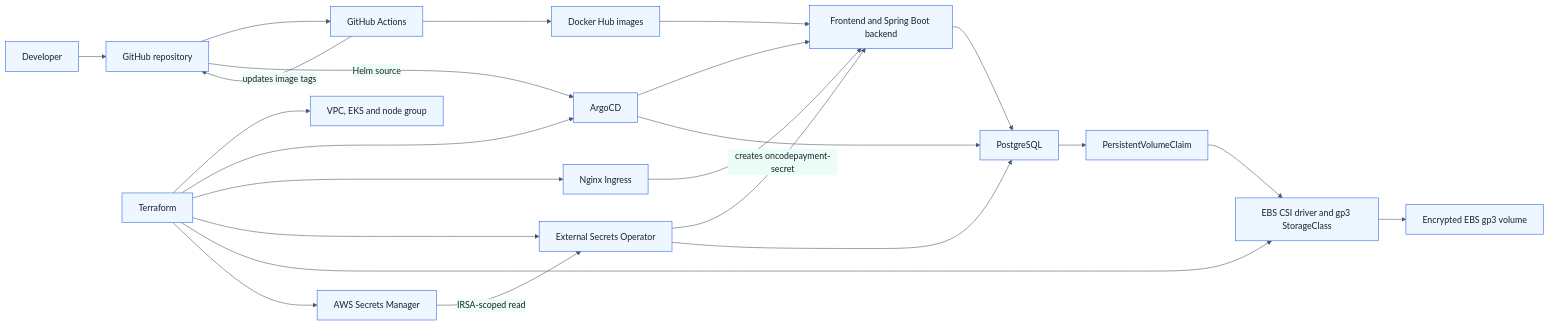
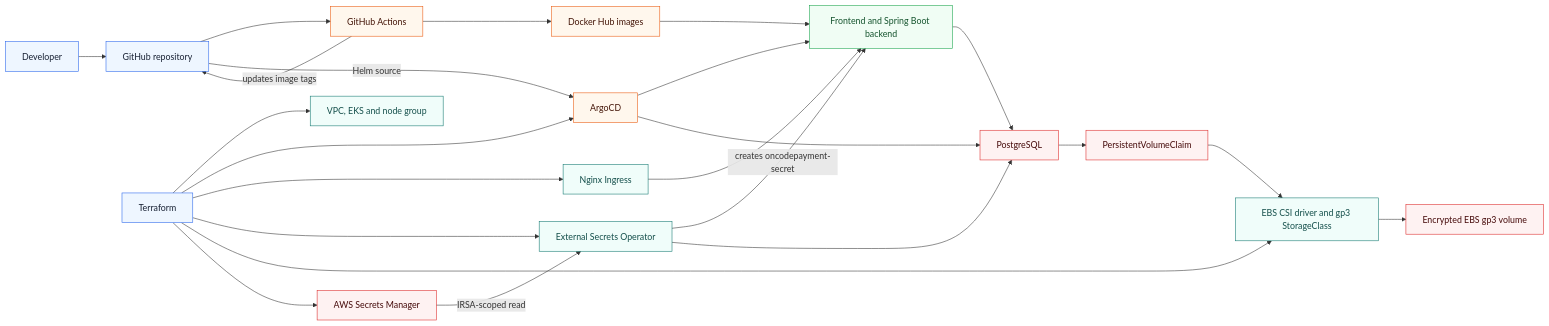
Before and after one commit to DNinjaDev07/oncodepayment: the diagram in README.md, drawn with Mermaid.

Commit message:
updated README section to add new updates

````diff
--- a/README.md
+++ b/README.md
@@ -7,41 +7,42 @@
 ```mermaid
-%%{init: {"theme": "base", "themeVariables": {
-  "background": "#ffffff",
-  "primaryColor": "#eef6ff",
-  "primaryTextColor": "#172033",
-  "primaryBorderColor": "#2563eb",
-  "lineColor": "#475569",
-  "secondaryColor": "#ecfdf5",
-  "tertiaryColor": "#fff7ed",
-  "clusterBkg": "#f8fafc",
-  "clusterBorder": "#94a3b8"
-}}}%%
 flowchart LR
+    classDef source fill:#eef6ff,stroke:#2563eb,color:#172033
+    classDef delivery fill:#fff7ed,stroke:#ea580c,color:#431407
+    classDef platform fill:#f0fdfa,stroke:#0f766e,color:#134e4a
+    classDef workload fill:#f0fdf4,stroke:#16a34a,color:#14532d
+    classDef data fill:#fef2f2,stroke:#dc2626,color:#450a0a
+
     Dev["Developer"] --> Git["GitHub repository"]
     Git --> CI["GitHub Actions"]
     CI --> Images["Docker Hub images"]
     CI -->|"updates image tags"| Git
 
     TF["Terraform"] --> AWS["VPC, EKS and node group"]
     TF --> Argo["ArgoCD"]
     TF --> Ingress["Nginx Ingress"]
     TF --> ESO["External Secrets Operator"]
     TF --> Storage["EBS CSI driver and gp3 StorageClass"]
     TF --> Secret["AWS Secrets Manager"]
 
     Git -->|"Helm source"| Argo
     Argo --> App["Frontend and Spring Boot backend"]
     Argo --> DB["PostgreSQL"]
     Images --> App
 
     Secret -->|"IRSA-scoped read"| ESO
     ESO -->|"creates oncodepayment-secret"| App
     ESO --> DB
 
     DB --> PVC["PersistentVolumeClaim"]
     PVC --> Storage
     Storage --> EBS["Encrypted EBS gp3 volume"]
 
     Ingress --> App
     App --> DB
+
+    class Dev,Git,TF source
+    class CI,Images,Argo delivery
+    class AWS,Ingress,ESO,Storage platform
+    class App workload
+    class Secret,DB,PVC,EBS data
 ```
````
